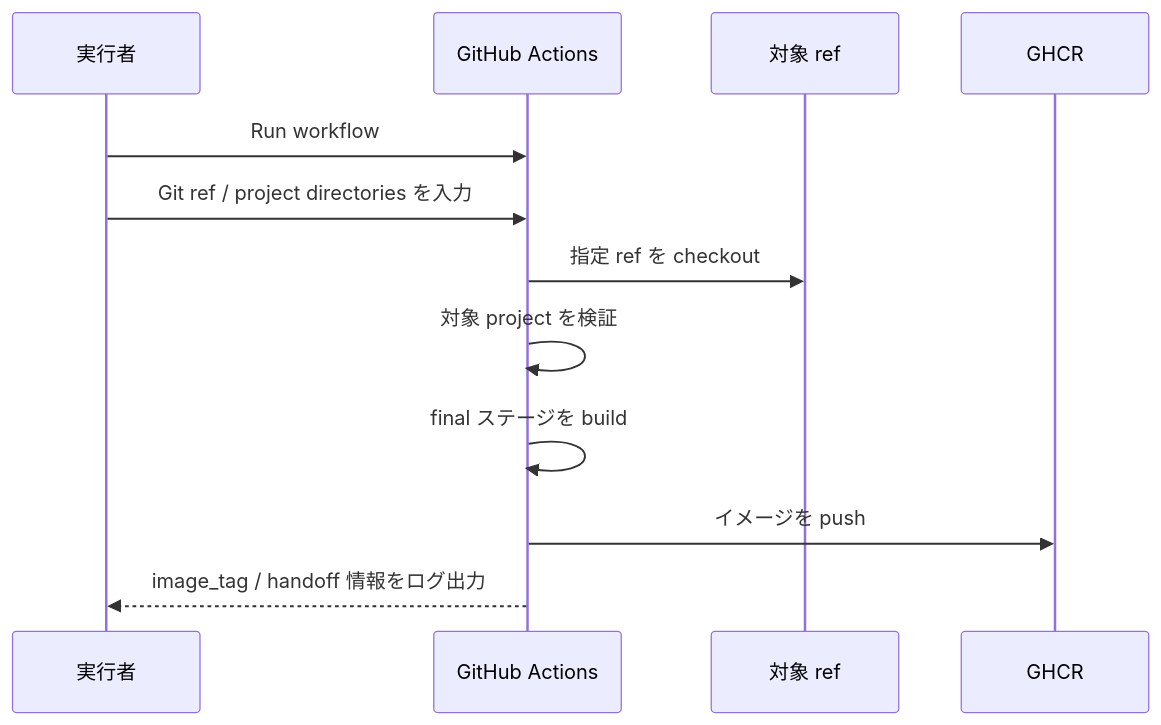
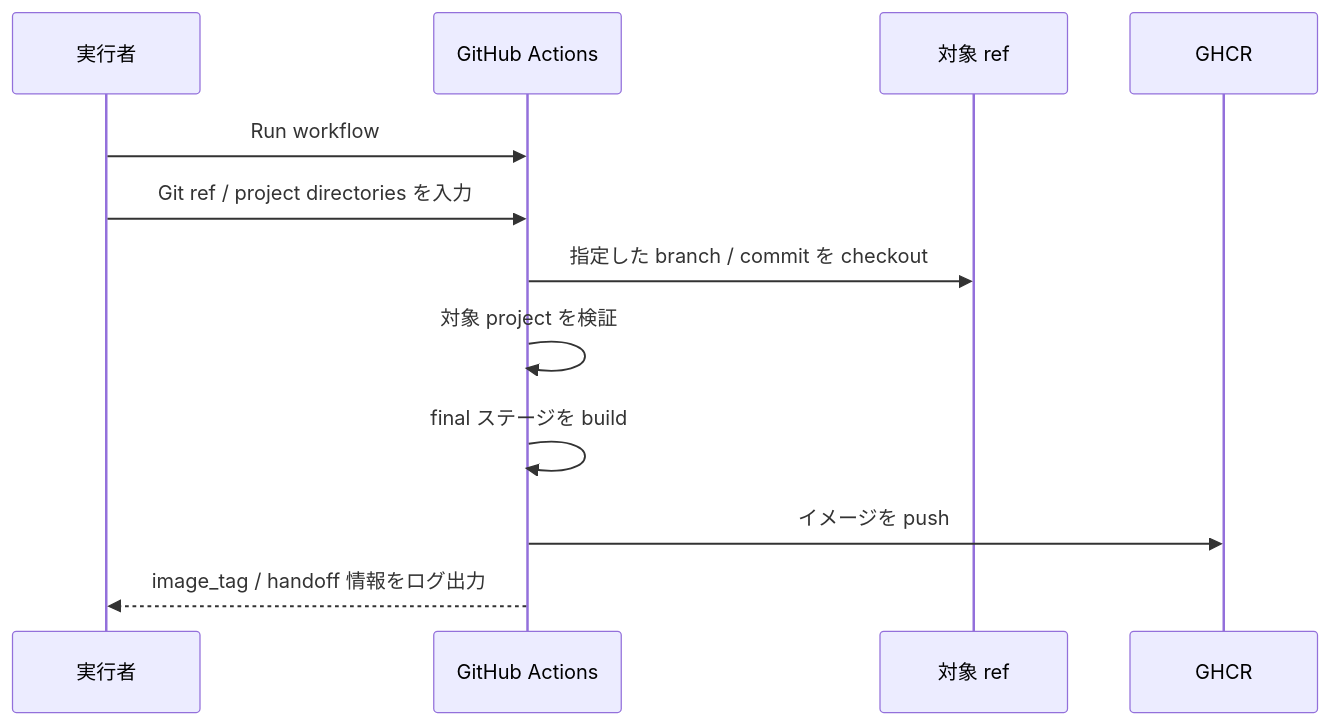
One commit to u7chan/monorepo changed the fourth of 5 diagrams in docs/about-cicd.md. Above: the diagram before and after it, drawn with Mermaid. The commit also changed other lines of this file, not shown here.

````diff
--- a/docs/about-cicd.md
+++ b/docs/about-cicd.md
@@ -104,15 +129,15 @@
 ```mermaid
 sequenceDiagram
   participant User as 実行者
   participant GA as GitHub Actions
   participant Repo as 対象 ref
   participant GHCR as GHCR
 
   User->>GA: Run workflow
   User->>GA: Git ref / project directories を入力
-  GA->>Repo: 指定 ref を checkout
+  GA->>Repo: 指定した branch / commit を checkout
   GA->>GA: 対象 project を検証
   GA->>GA: final ステージを build
   GA->>GHCR: イメージを push
   GA-->>User: image_tag / handoff 情報をログ出力
 ```
````
